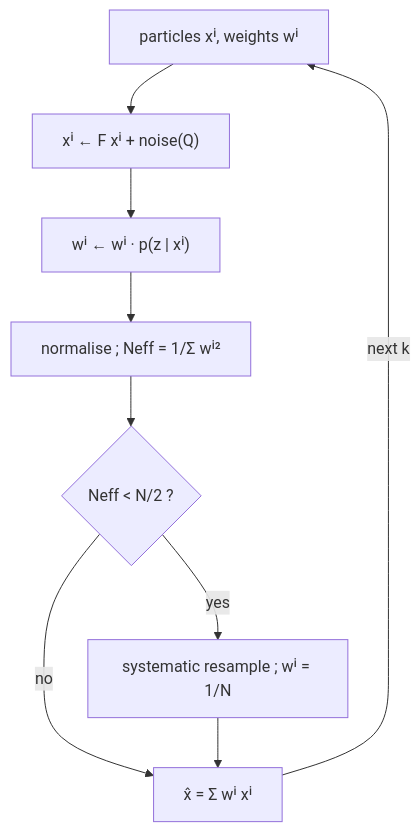
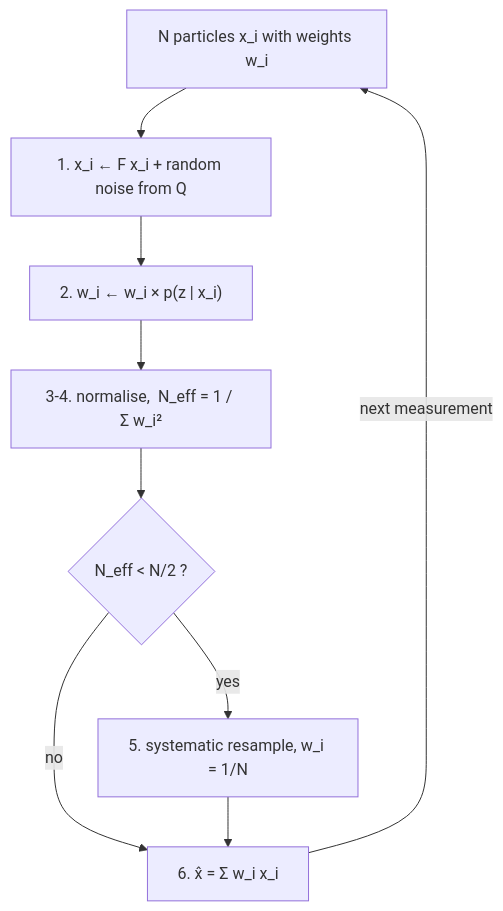
One commit to ursa-mikail/kalman_and_particle_filter_demo changed the fifth of 7 diagrams in golang/README.md. Above: the diagram before and after it, drawn with Mermaid. The commit also changed other lines of this file, not shown here.

````diff
--- a/golang/README.md
+++ b/golang/README.md
@@ -149,11 +310,11 @@
 ```mermaid
 flowchart TD
-  S0["particles xⁱ, weights wⁱ"] --> P["xⁱ ← F xⁱ + noise(Q)"]
-  P --> W["wⁱ ← wⁱ · p(z | xⁱ)"]
-  W --> N["normalise ; Neff = 1/Σ wⁱ²"]
-  N --> D{"Neff < N/2 ?"}
-  D -- yes --> R["systematic resample ; wⁱ = 1/N"]
+  S0["N particles x_i with weights w_i"] --> P["1. x_i ← F x_i + random noise from Q"]
+  P --> W["2. w_i ← w_i × p(z | x_i)"]
+  W --> N["3-4. normalise,  N_eff = 1 / Σ w_i²"]
+  N --> D{"N_eff < N/2 ?"}
+  D -- yes --> R["5. systematic resample, w_i = 1/N"]
   D -- no --> E
-  R --> E["x̂ = Σ wⁱ xⁱ"]
-  E -->|next k| S0
+  R --> E["6. x̂ = Σ w_i x_i"]
+  E -->|"next measurement"| S0
 ```
````
